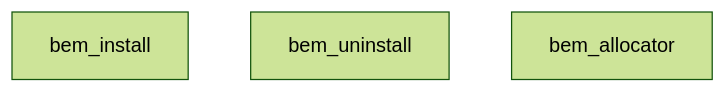
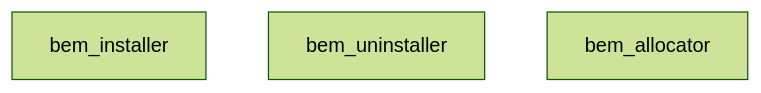
One commit to intsuc/bem changed the diagram in README.md. Above: the diagram before and after it, drawn with Mermaid (forest theme). The commit also changed 7 other files, not shown here.

````diff
--- a/README.md
+++ b/README.md
@@ -7,6 +7,6 @@
 ```mermaid
 flowchart TD
-  bem_install
-  bem_uninstall
+  bem_installer
+  bem_uninstaller
   bem_allocator
 ```
````
